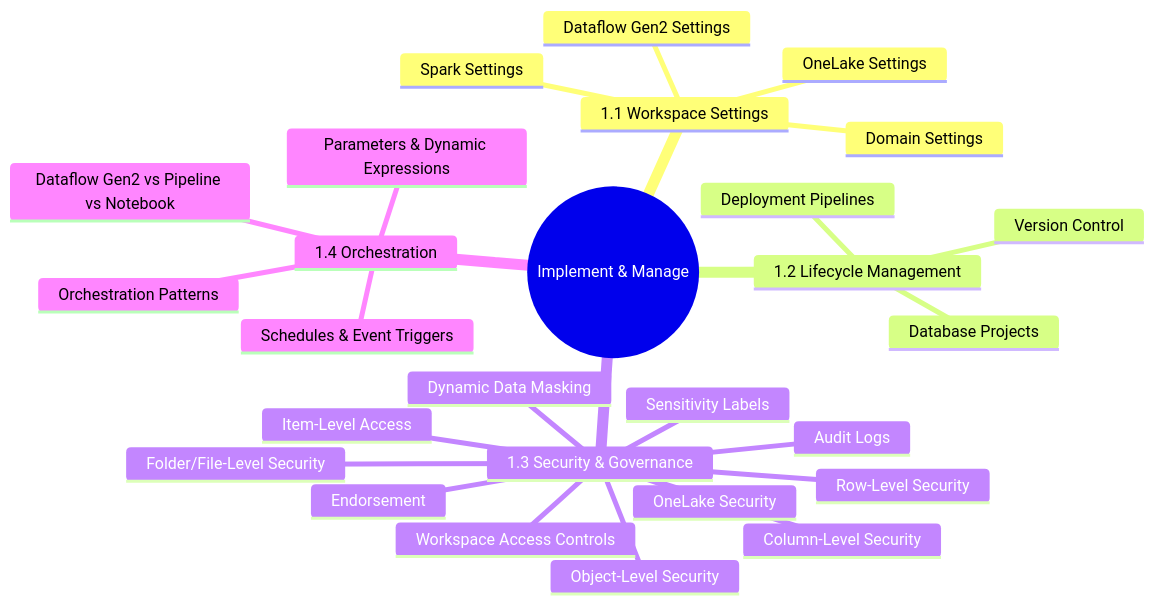
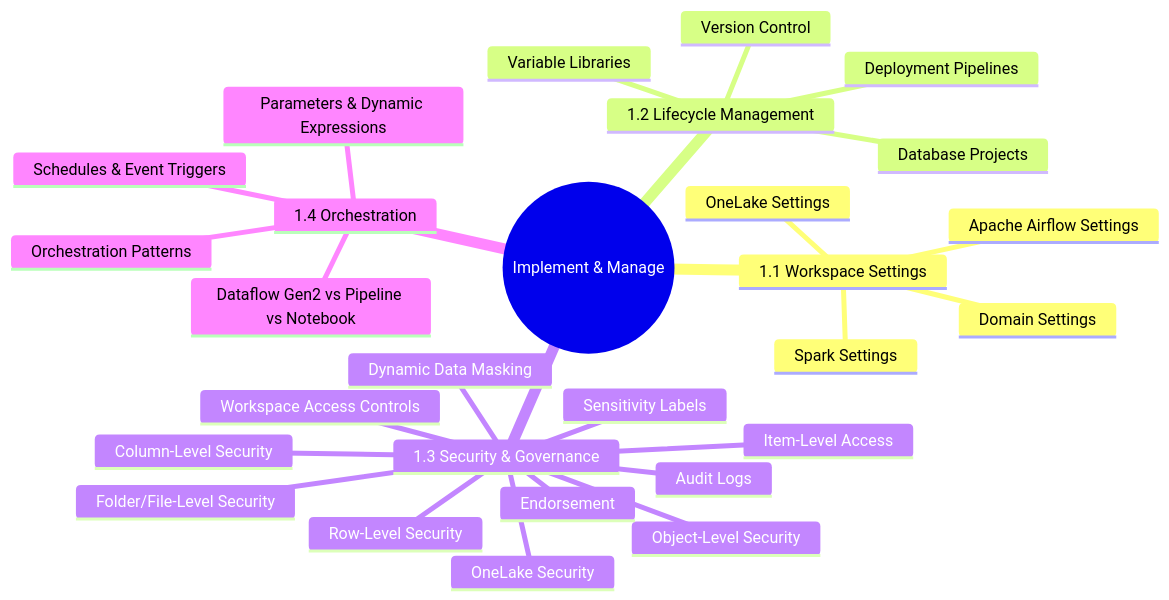
Before and after one commit to marcogrimaldi29/dp-700-study-notes: the first of 7 diagrams in 01-implement-manage-analytics-solution.md, drawn with Mermaid. The commit also changed other lines of this file and 7 other files, not shown here.

````diff
--- a/01-implement-manage-analytics-solution.md
+++ b/01-implement-manage-analytics-solution.md
@@ -18,30 +18,31 @@
 ```mermaid
 mindmap
   root((Implement & Manage))
     1.1 Workspace Settings
       Spark Settings
       Domain Settings
       OneLake Settings
-      Dataflow Gen2 Settings
+      Apache Airflow Settings
     1.2 Lifecycle Management
       Version Control
       Database Projects
       Deployment Pipelines
+      Variable Libraries
     1.3 Security & Governance
       Workspace Access Controls
       Item-Level Access
       Row-Level Security
       Column-Level Security
       Object-Level Security
       Folder/File-Level Security
       Dynamic Data Masking
       Sensitivity Labels
       Endorsement
       Audit Logs
       OneLake Security
     1.4 Orchestration
       Dataflow Gen2 vs Pipeline vs Notebook
       Schedules & Event Triggers
       Orchestration Patterns
       Parameters & Dynamic Expressions
 ```
````
